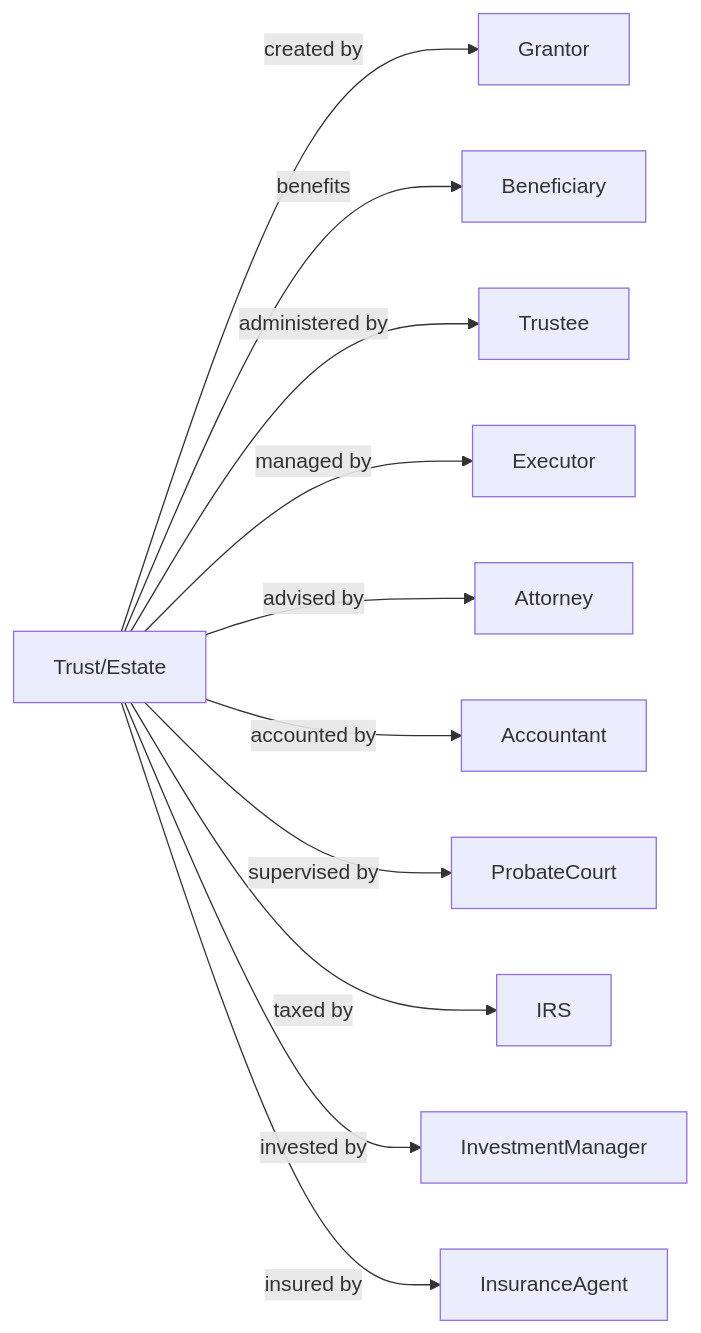
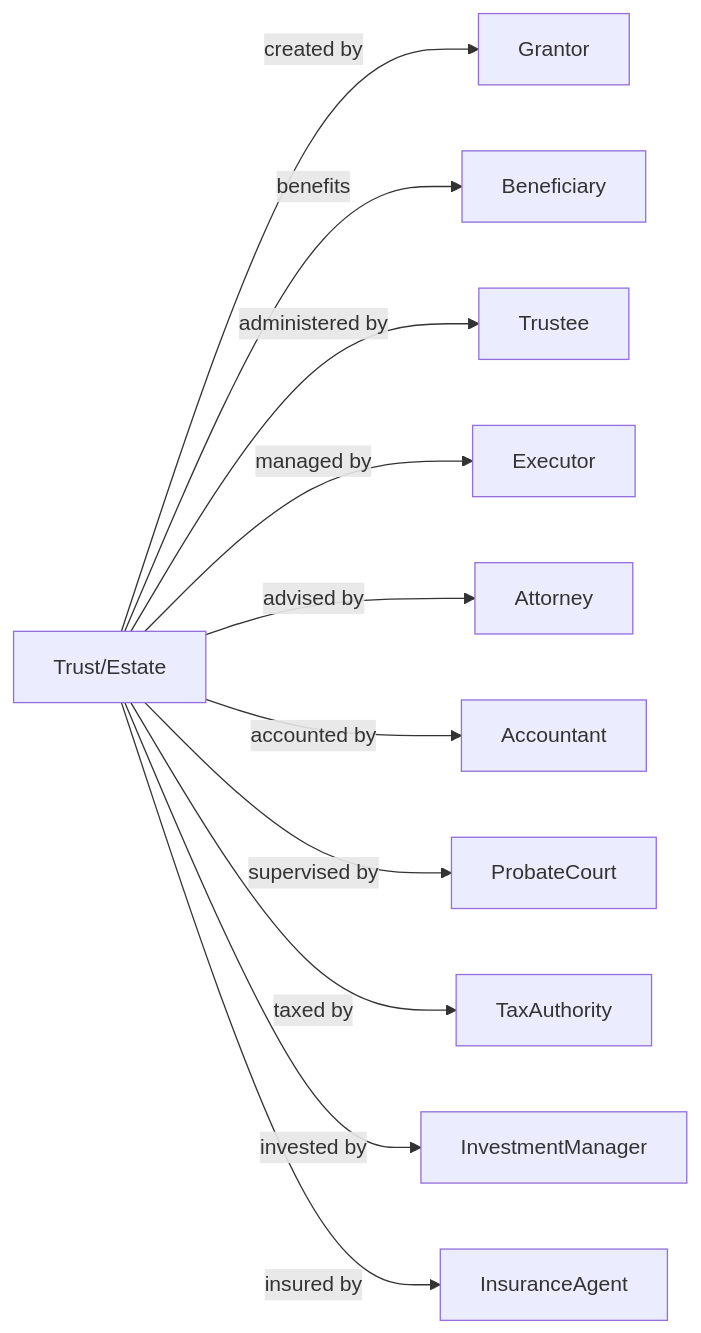
Before and after one commit to dot-org-ai/industries.org.ai: the second of 2 diagrams in Finance/FundsTrustsAndOtherFinancialVehicles/OtherInvestmentPoolsAndFunds/TrustsEstatesAndAgencyAccounts.mdx, drawn with Mermaid. The commit also changed other lines of this file and 588 other files, not shown here.

````diff
--- a/Finance/FundsTrustsAndOtherFinancialVehicles/OtherInvestmentPoolsAndFunds/TrustsEstatesAndAgencyAccounts.mdx
+++ b/Finance/FundsTrustsAndOtherFinancialVehicles/OtherInvestmentPoolsAndFunds/TrustsEstatesAndAgencyAccounts.mdx
@@ -132,15 +132,15 @@
 ```mermaid
 graph LR
     Trust[Trust/Estate]
 
     Trust -->|created by| Grantor
     Trust -->|benefits| Beneficiary
     Trust -->|administered by| Trustee
     Trust -->|managed by| Executor
     Trust -->|advised by| Attorney
     Trust -->|accounted by| Accountant
     Trust -->|supervised by| ProbateCourt
-    Trust -->|taxed by| IRS
+    Trust -->|taxed by| TaxAuthority
     Trust -->|invested by| InvestmentManager
     Trust -->|insured by| InsuranceAgent
 ```
````
